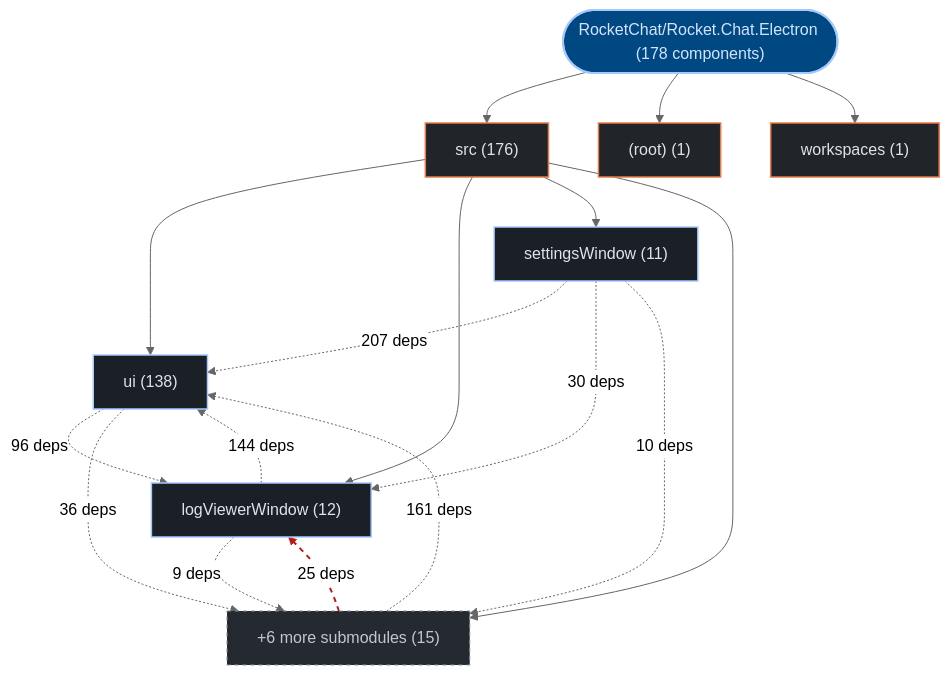
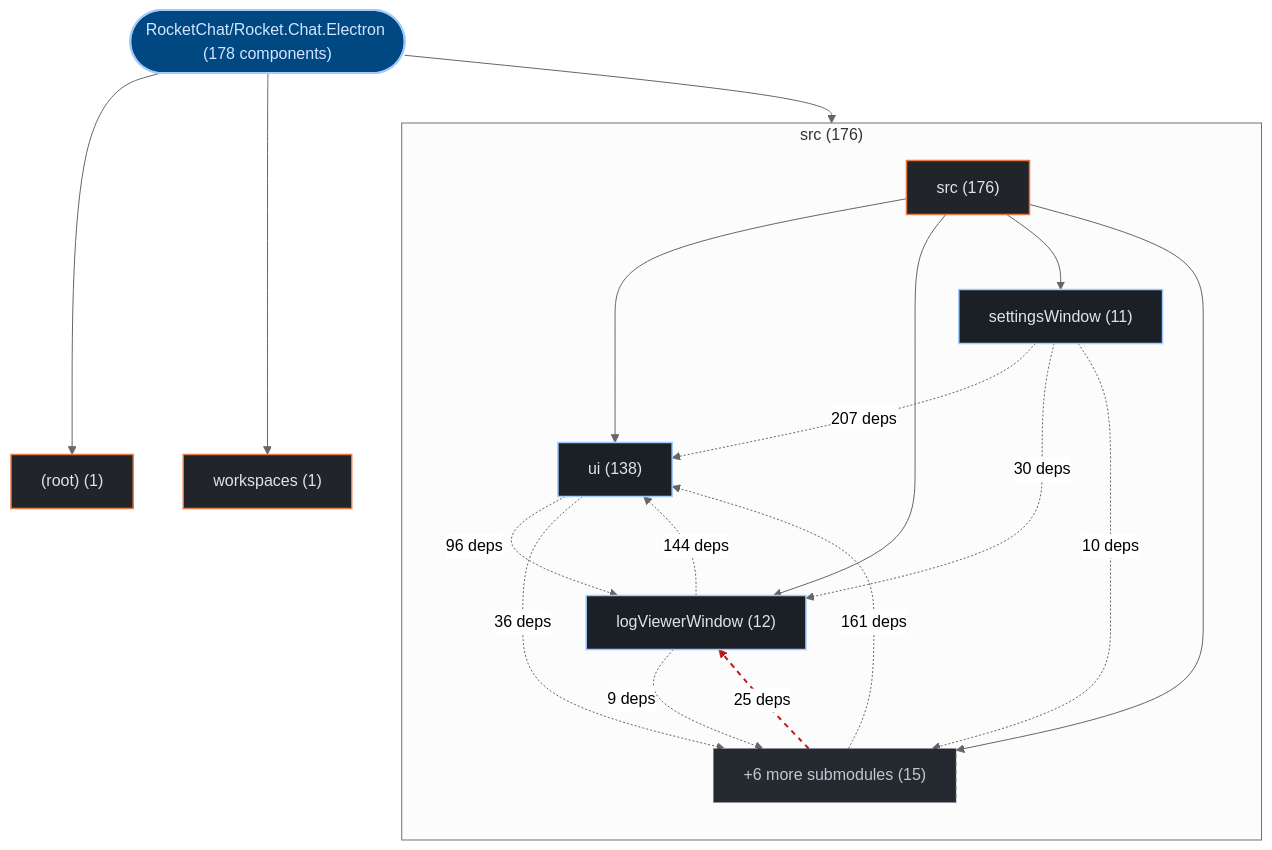
One commit to kumarshaz/atruss-code-atlas changed the first of 3 diagrams in exports/latest/reports/RocketChat-Rocket.Chat.Electron-report.md. Above: the diagram before and after it, drawn with Mermaid (neutral theme). The commit also changed 178 other files, not shown here.

Commit message:
feat(ui,mermaid): upgrade to mermaid v12 + ELK layout, add orgs-summary + pagination, subgraph building blocks, fix tab alignment

````diff
--- a/exports/latest/reports/RocketChat-Rocket.Chat.Electron-report.md
+++ b/exports/latest/reports/RocketChat-Rocket.Chat.Electron-report.md
@@ -42,35 +42,38 @@
 ```mermaid
 graph TD;
   classDef atlasRoot fill:#004882,stroke:#a3c9ff,stroke-width:2px,color:#d3e4ff
   classDef atlasCategory fill:#212428,stroke:#E87A48,stroke-width:1.5px,color:#dfe3eb
   classDef atlasWorkflow fill:#1b2026,stroke:#a3c9ff,stroke-width:1.5px,color:#dfe3eb
   classDef atlasJob fill:#171c22,stroke:#8d9199,stroke-width:1px,color:#dfe3eb
   classDef atlasTarget fill:#005227,stroke:#8bd99b,stroke-width:1.5px,color:#a7f6b6
   classDef atlasAlert fill:#93000a,stroke:#ffb4ab,stroke-width:1.5px,color:#ffdad6
   classDef atlasMore fill:#252a31,stroke:#8d9199,stroke-dasharray:4 4,color:#c3c6cf
     repo_root(["RocketChat/Rocket.Chat.Electron (178 components)"]):::atlasRoot
-    dir_0_src["src (176)"]:::atlasCategory
+    subgraph sg_dir_0_src["src (176)"]
+      direction TB
+      dir_0_src["src (176)"]:::atlasCategory
+      sub_0_0_ui["ui (138)"]:::atlasWorkflow
+      dir_0_src --> sub_0_0_ui
+      sub_0_1_logViewerWindow["logViewerWindow (12)"]:::atlasWorkflow
+      dir_0_src --> sub_0_1_logViewerWindow
+      sub_0_2_settingsWindow["settingsWindow (11)"]:::atlasWorkflow
+      dir_0_src --> sub_0_2_settingsWindow
+      sub_0_more["+6 more submodules (15)"]:::atlasMore
+      dir_0_src --> sub_0_more
+    end
     repo_root --> dir_0_src
-    sub_0_0_ui["ui (138)"]:::atlasWorkflow
-    dir_0_src --> sub_0_0_ui
-    sub_0_1_logViewerWindow["logViewerWindow (12)"]:::atlasWorkflow
-    dir_0_src --> sub_0_1_logViewerWindow
-    sub_0_2_settingsWindow["settingsWindow (11)"]:::atlasWorkflow
-    dir_0_src --> sub_0_2_settingsWindow
-    sub_0_more["+6 more submodules (15)"]:::atlasMore
-    dir_0_src --> sub_0_more
     dir_1__root_["(root) (1)"]:::atlasCategory
     repo_root --> dir_1__root_
     dir_2_workspaces["workspaces (1)"]:::atlasCategory
     repo_root --> dir_2_workspaces
     sub_0_2_settingsWindow -.->|"207 deps"| sub_0_0_ui
     sub_0_more -.->|"161 deps"| sub_0_0_ui
     sub_0_1_logViewerWindow -.->|"144 deps"| sub_0_0_ui
     sub_0_0_ui -.->|"96 deps"| sub_0_1_logViewerWindow
     sub_0_0_ui -.->|"36 deps"| sub_0_more
     sub_0_2_settingsWindow -.->|"30 deps"| sub_0_1_logViewerWindow
     sub_0_more -.->|"25 deps"| sub_0_1_logViewerWindow
     sub_0_2_settingsWindow -.->|"10 deps"| sub_0_more
     sub_0_1_logViewerWindow -.->|"9 deps"| sub_0_more
     linkStyle 13 stroke:#ba1a1a,stroke-width:2px,stroke-dasharray: 5 5
 ```
````
